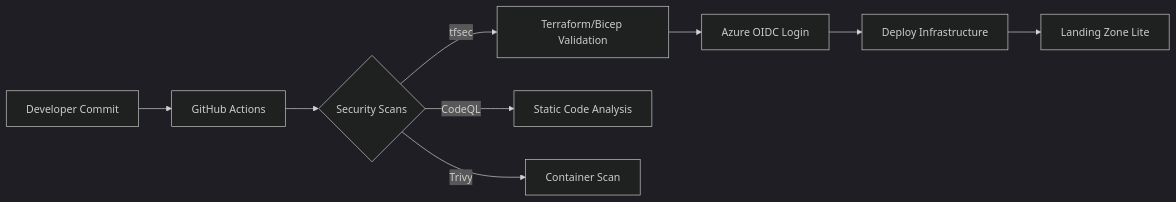
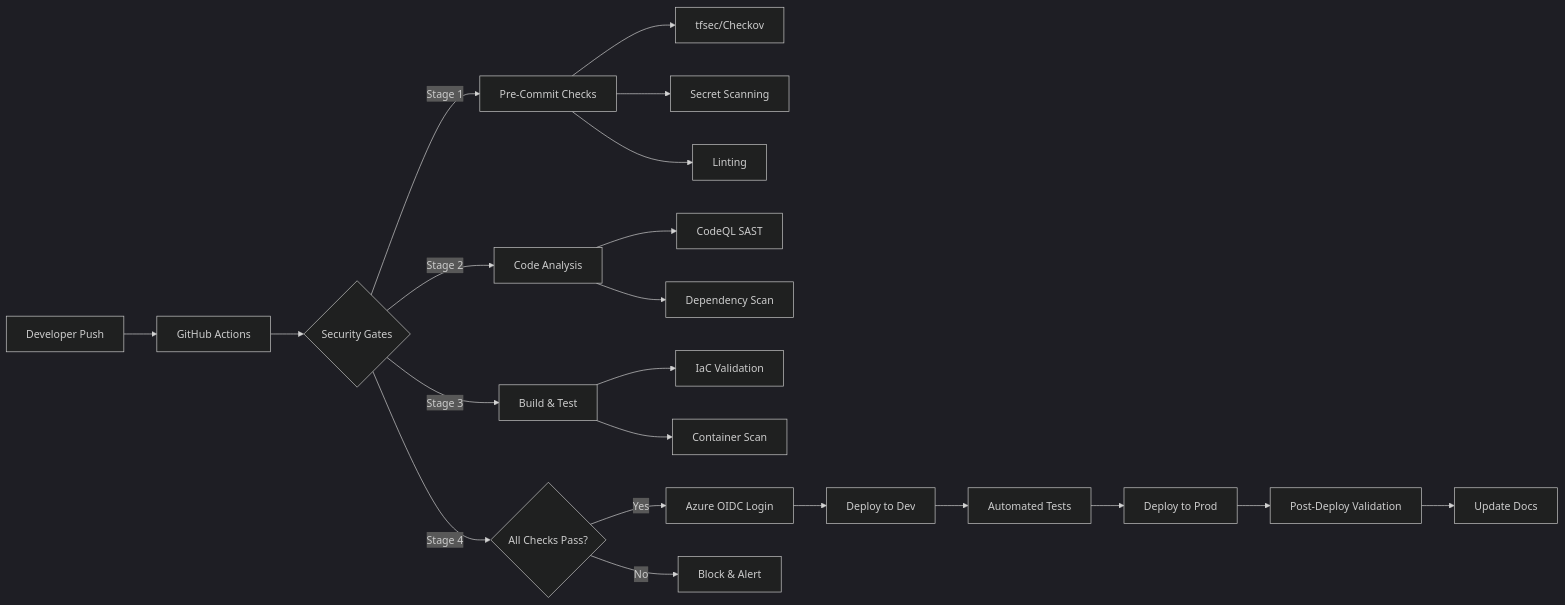
Before and after one commit to CMDemps/azure-security-portfolio: the second of 2 diagrams in README.md, drawn with Mermaid (dark theme). The commit also changed other lines of this file, not shown here.

````diff
--- a/README.md
+++ b/README.md
@@ -150,11 +278,31 @@
 ```mermaid
 flowchart LR
-    A[Developer Commit] --> B[GitHub Actions]
-    B --> C{Security Scans}
-    C -->|tfsec| D[Terraform/Bicep Validation]
-    C -->|CodeQL| E[Static Code Analysis]
-    C -->|Trivy| F[Container Scan]
-    D --> G[Azure OIDC Login]
-    G --> H[Deploy Infrastructure]
-    H --> I[Landing Zone Lite]
+    A[Developer Push] --> B[GitHub Actions]
+    
+    B --> C{Security Gates}
+    
+    C -->|Stage 1| D[Pre-Commit Checks]
+    D --> D1[tfsec/Checkov]
+    D --> D2[Secret Scanning]
+    D --> D3[Linting]
+    
+    C -->|Stage 2| E[Code Analysis]
+    E --> E1[CodeQL SAST]
+    E --> E2[Dependency Scan]
+    
+    C -->|Stage 3| F[Build & Test]
+    F --> F1[IaC Validation]
+    F --> F2[Container Scan]
+    
+    C -->|Stage 4| G{All Checks Pass?}
+    
+    G -->|Yes| H[Azure OIDC Login]
+    G -->|No| I[Block & Alert]
+    
+    H --> J[Deploy to Dev]
+    J --> K[Automated Tests]
+    K --> L[Deploy to Prod]
+    
+    L --> M[Post-Deploy Validation]
+    M --> N[Update Docs]
 ```
````
